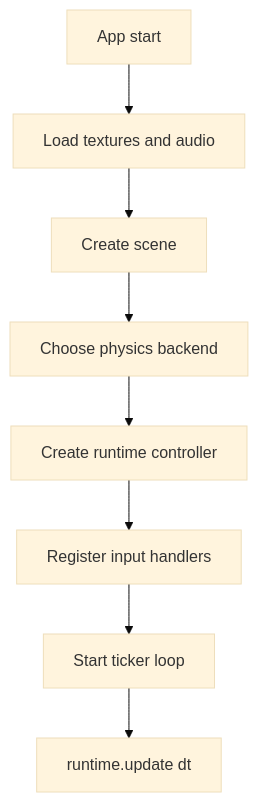
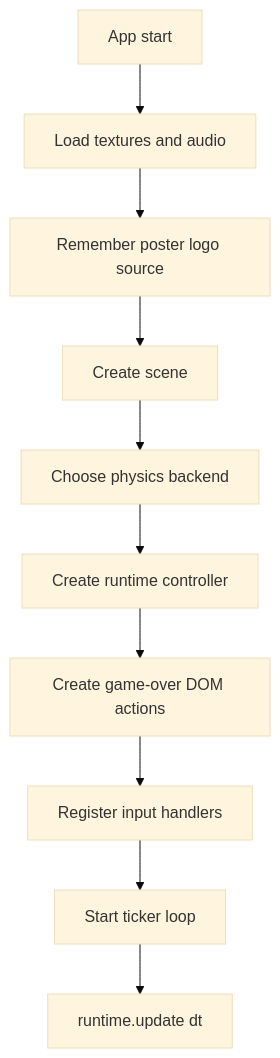
One commit to ArifZx/flappy-ecs changed the first of 8 diagrams in docs/architecture.md. Above: the diagram before and after it, drawn with Mermaid (base theme). The commit also changed other lines of this file and 2 other files, not shown here.

Commit message:
feat: implement game-over phase handling and integrate bird crash controller

````diff
--- a/docs/architecture.md
+++ b/docs/architecture.md
@@ -32,10 +32,12 @@
 ```mermaid
 flowchart TD
     A[App start] --> B[Load textures and audio]
-  B --> C[Create scene]
-  C --> D[Choose physics backend]
-  D --> E[Create runtime controller]
-  E --> F[Register input handlers]
-  F --> G[Start ticker loop]
-  G --> H[runtime.update dt]
+  B --> C[Remember poster logo source]
+  C --> D[Create scene]
+  D --> E[Choose physics backend]
+  E --> F[Create runtime controller]
+  F --> G[Create game-over DOM actions]
+  G --> H[Register input handlers]
+  H --> I[Start ticker loop]
+  I --> J[runtime.update dt]
 ```
````
